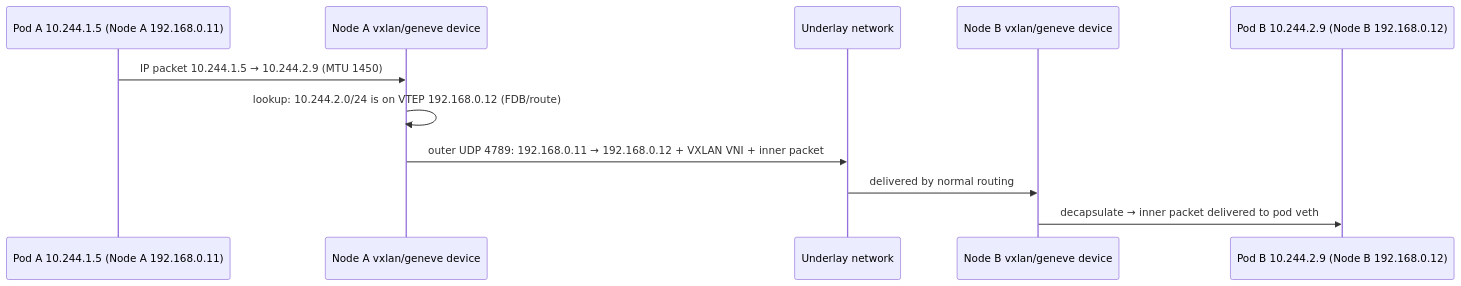
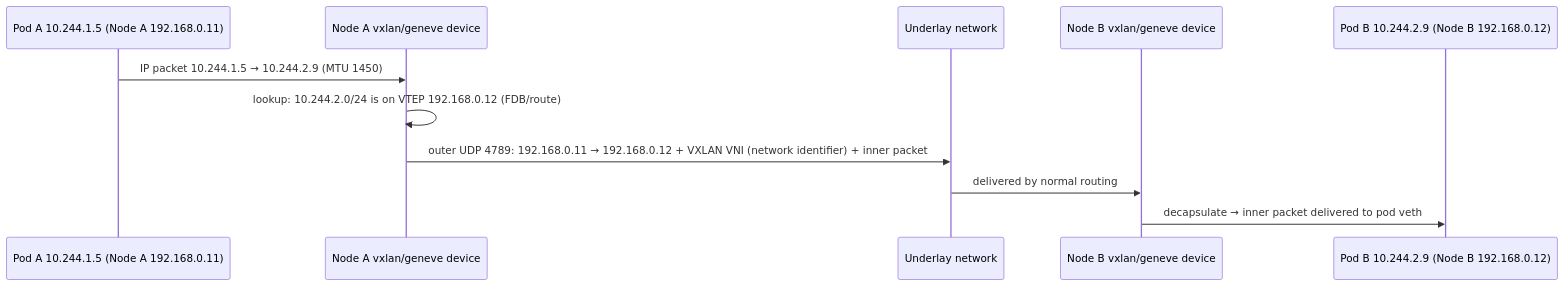
The first of 2 diagrams in docs/part-05-kubernetes/14-overlay-versus-routed-pod-networking-vxlan-bgp-with-calico-ebpf-with-c.md (jithinpnjm/ai-infra-handbook), drawn with Mermaid before and after one commit. The commit also changed other lines of this file and 11 other files, not shown here.

````diff
--- a/docs/part-05-kubernetes/14-overlay-versus-routed-pod-networking-vxlan-bgp-with-calico-ebpf-with-c.md
+++ b/docs/part-05-kubernetes/14-overlay-versus-routed-pod-networking-vxlan-bgp-with-calico-ebpf-with-c.md
@@ -66,13 +66,13 @@
 ```mermaid
 sequenceDiagram
   participant P1 as Pod A 10.244.1.5 (Node A 192.168.0.11)
   participant VA as Node A vxlan/geneve device
   participant U as Underlay network
   participant VB as Node B vxlan/geneve device
   participant P2 as Pod B 10.244.2.9 (Node B 192.168.0.12)
   P1->>VA: IP packet 10.244.1.5 → 10.244.2.9 (MTU 1450)
   VA->>VA: lookup: 10.244.2.0/24 is on VTEP 192.168.0.12 (FDB/route)
-  VA->>U: outer UDP 4789: 192.168.0.11 → 192.168.0.12 + VXLAN VNI + inner packet
+  VA->>U: outer UDP 4789: 192.168.0.11 → 192.168.0.12 + VXLAN VNI (network identifier) + inner packet
   U->>VB: delivered by normal routing
   VB->>P2: decapsulate → inner packet delivered to pod veth
 ```
````
